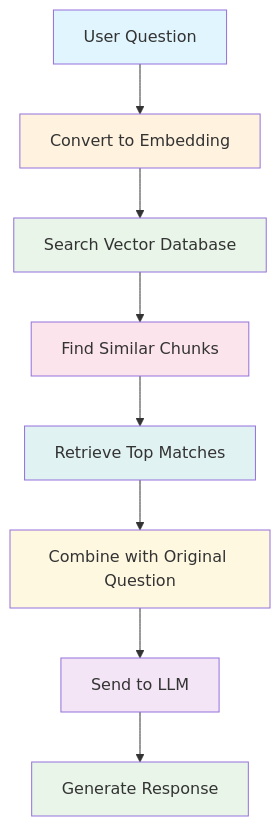
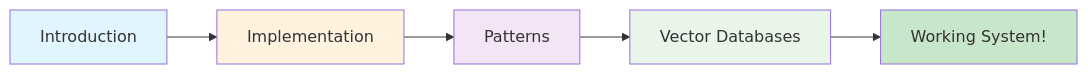
The third of 3 diagrams in docs/genai/rag/index.md (nvgr-GenAI/my-learning), drawn with Mermaid before and after one commit. The commit also changed other lines of this file and 417 other files, not shown here.

````diff
--- a/docs/genai/rag/index.md
+++ b/docs/genai/rag/index.md
@@ -81,19 +114,13 @@
 ```mermaid
-graph TD
-    A[User Question] --> B[Convert to Embedding]
-    B --> C[Search Vector Database]
-    C --> D[Find Similar Chunks]
-    D --> E[Retrieve Top Matches]
-    E --> F[Combine with Original Question]
-    F --> G[Send to LLM]
-    G --> H[Generate Response]
+graph LR
+    A[Introduction] --> B[Implementation]
+    B --> C[Patterns]
+    C --> D[Vector Databases]
+    D --> E[Working System!]
     
     style A fill:#e1f5fe
     style B fill:#fff3e0
-    style C fill:#e8f5e8
-    style D fill:#fce4ec
-    style E fill:#e0f2f1
-    style F fill:#fff8e1
-    style G fill:#f3e5f5
-    style H fill:#e8f5e8
+    style C fill:#f3e5f5
+    style D fill:#e8f5e8
+    style E fill:#c8e6c9
 ```
````
